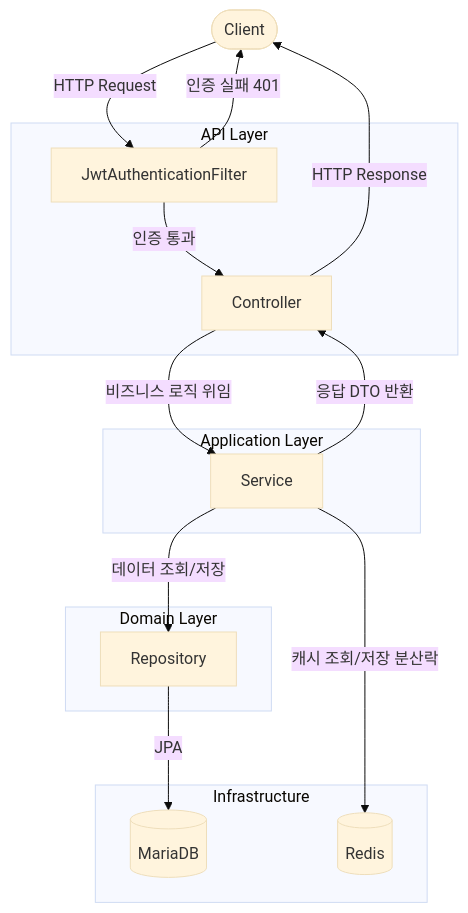
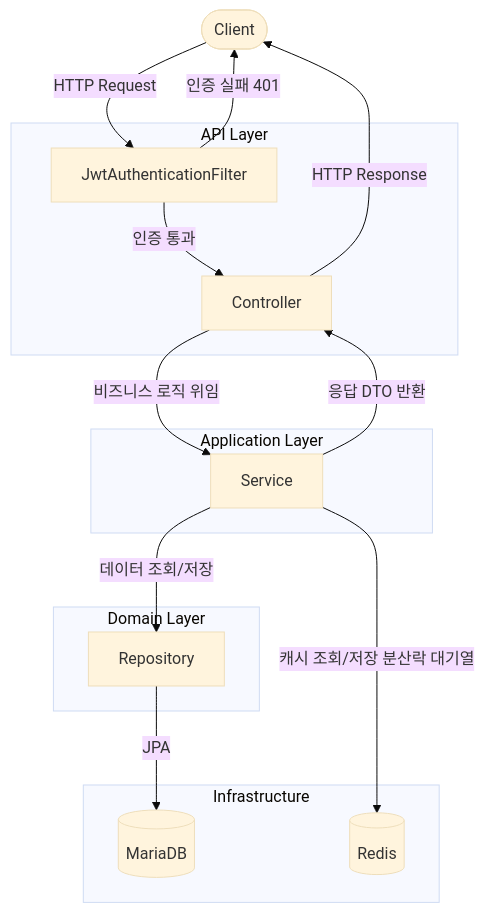
One commit to seungpil97/ticketing-reservation-service changed the first of 3 diagrams in docs/architecture/README.md. Above: the diagram before and after it, drawn with Mermaid (base theme). The commit also changed other lines of this file and 21 other files, not shown here.

````diff
--- a/docs/architecture/README.md
+++ b/docs/architecture/README.md
@@ -9,32 +9,32 @@
 ```mermaid
 flowchart TD
     Client([Client])
 
     subgraph API["API Layer"]
         JwtFilter[JwtAuthenticationFilter]
         Controller[Controller]
     end
 
     subgraph Application["Application Layer"]
         Service[Service]
     end
 
     subgraph Domain["Domain Layer"]
         Repository[Repository]
     end
 
     subgraph Infra["Infrastructure"]
         MariaDB[(MariaDB)]
         Redis[(Redis)]
     end
 
     Client -->|HTTP Request| JwtFilter
     JwtFilter -->|인증 통과| Controller
     JwtFilter -->|인증 실패 401| Client
     Controller -->|비즈니스 로직 위임| Service
     Service -->|데이터 조회/저장| Repository
-    Service -->|캐시 조회/저장 분산락| Redis
+    Service -->|캐시 조회/저장 분산락 대기열| Redis
     Repository -->|JPA| MariaDB
     Service -->|응답 DTO 반환| Controller
     Controller -->|HTTP Response| Client
 ```
````
